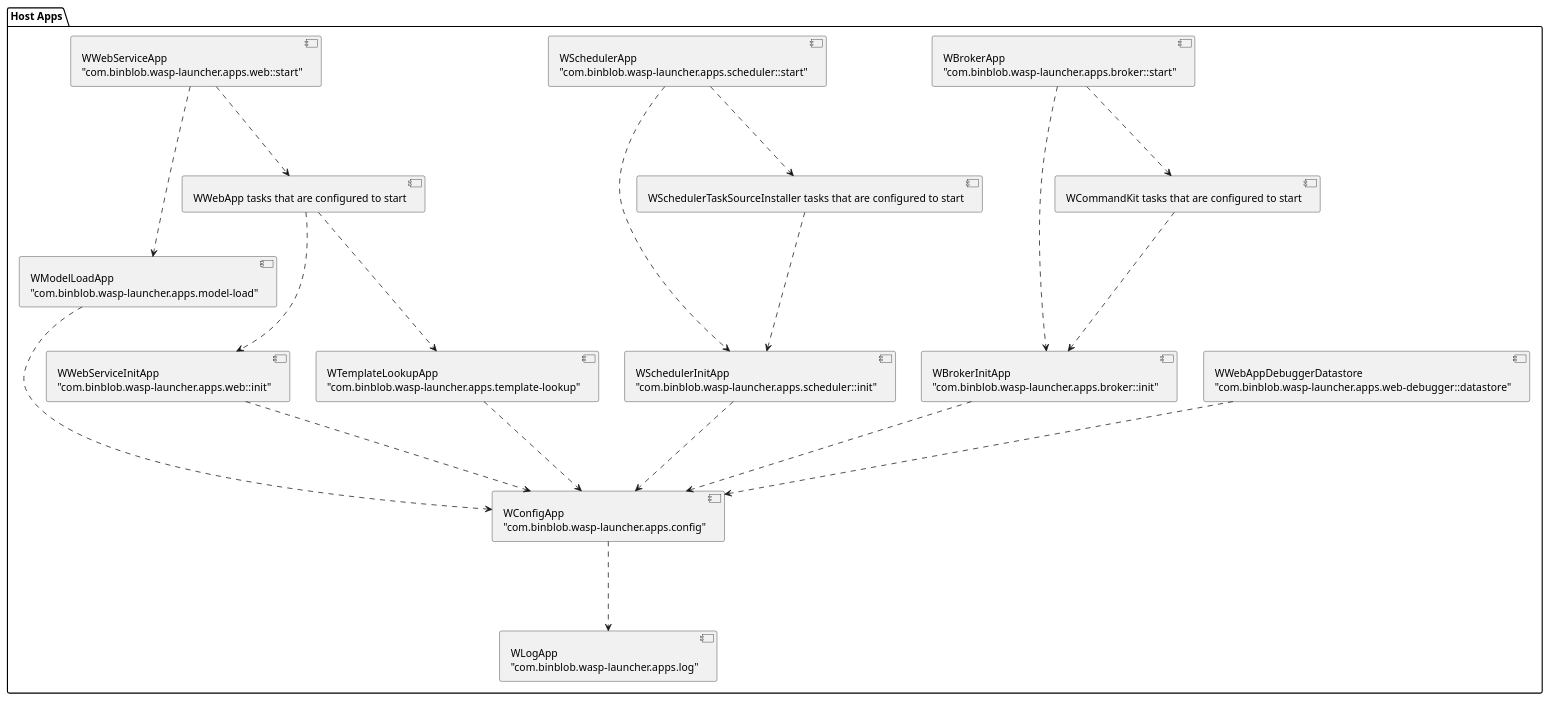
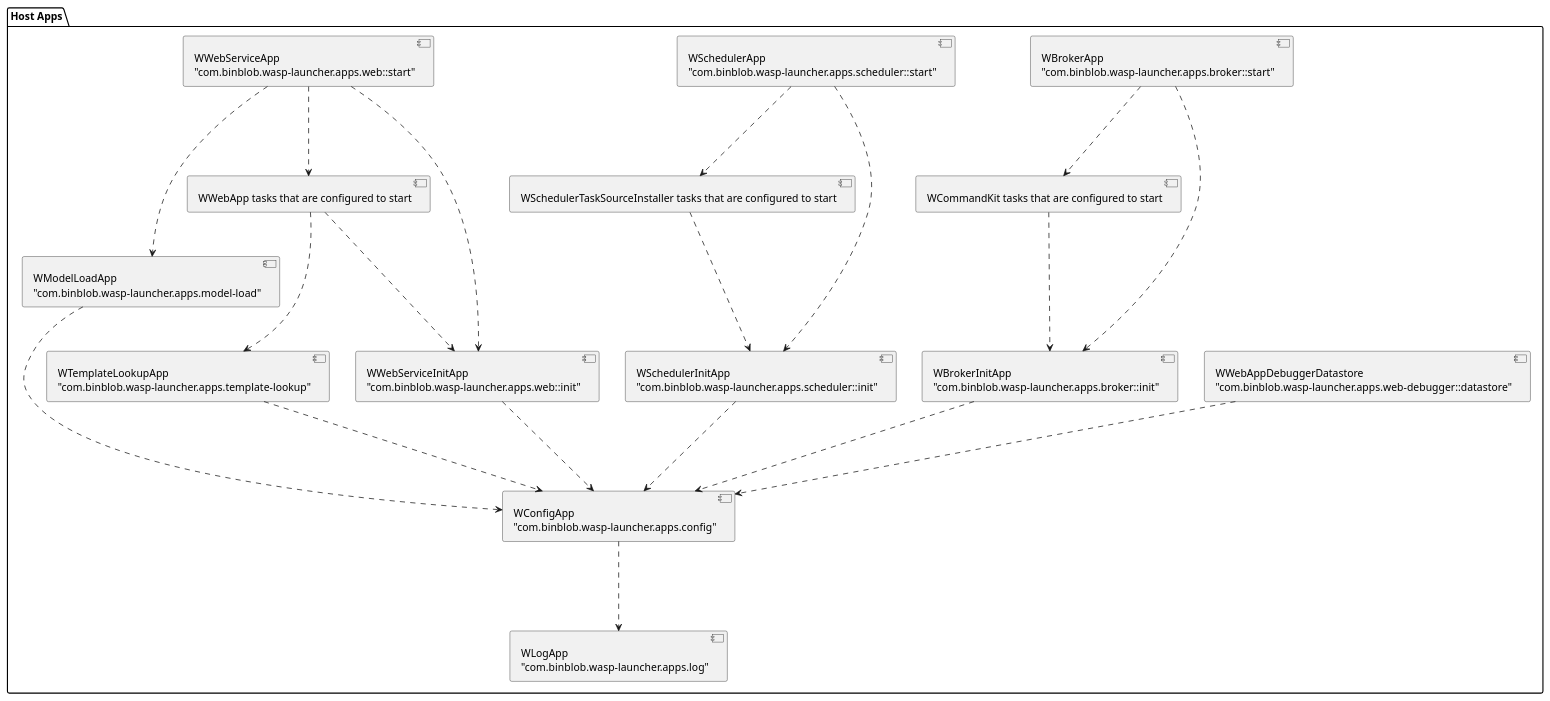
The diagram in docs/sphinx/apps.puml (a1ezzz/wasp-launcher), drawn with PlantUML before and after one commit. The commit also changed 1 other file, not shown here.

Commit message:
wasp_launcher/apps/web_service.py: dependency bug fix

```diff
--- a/docs/sphinx/apps.puml
+++ b/docs/sphinx/apps.puml
@@ -1,94 +1,95 @@
 @startuml
 
 package "Host Apps" {
 component log [
 WLogApp
 "com.binblob.wasp-launcher.apps.log"
 ]
 
 component config [
 WConfigApp
 "com.binblob.wasp-launcher.apps.config"
 ]
 
 component debugger [
 WWebAppDebuggerDatastore
 "com.binblob.wasp-launcher.apps.web-debugger::datastore"
 ]
 
 component web_init [
 WWebServiceInitApp
 "com.binblob.wasp-launcher.apps.web::init"
 ]
 
 component broker_init [
 WBrokerInitApp
 "com.binblob.wasp-launcher.apps.broker::init"
 ]
 
 component scheduler_init [
 WSchedulerInitApp
 "com.binblob.wasp-launcher.apps.scheduler::init"
 ]
 
 component model [
 WModelLoadApp
 "com.binblob.wasp-launcher.apps.model-load"
 ]
 
 component template [
 WTemplateLookupApp
 "com.binblob.wasp-launcher.apps.template-lookup"
 ]
 
 component broker_apps [
 WCommandKit tasks that are configured to start
 ]
 
 component broker_start [
 WBrokerApp
 "com.binblob.wasp-launcher.apps.broker::start"
 ]
 
 component scheduler_apps [
 WSchedulerTaskSourceInstaller tasks that are configured to start
 ]
 
 component scheduler_start [
 WSchedulerApp
 "com.binblob.wasp-launcher.apps.scheduler::start"
 ]
 
 component web_apps [
 WWebApp tasks that are configured to start
 ]
 
 component web_start [
 WWebServiceApp
 "com.binblob.wasp-launcher.apps.web::start"
 ]
 
 config .-down-> log
 debugger .-down-> config
 web_init .-down-> config
 broker_init .-down-> config
 scheduler_init .-down-> config
 
 broker_apps .-down-> broker_init
 broker_start .-down-> broker_init
 broker_start .-down-> broker_apps
 
 model .-down-> config
 template .-down-> config
 
 scheduler_apps .-down-> scheduler_init
 scheduler_start .-down-> scheduler_init
 scheduler_start .-down-> scheduler_apps
 
 web_apps .-down-> web_init
 web_apps .-down-> template
 web_start .-down-> model
 web_start .-down-> web_apps
+web_start .-down-> web_init
 }
 
 @enduml
```
